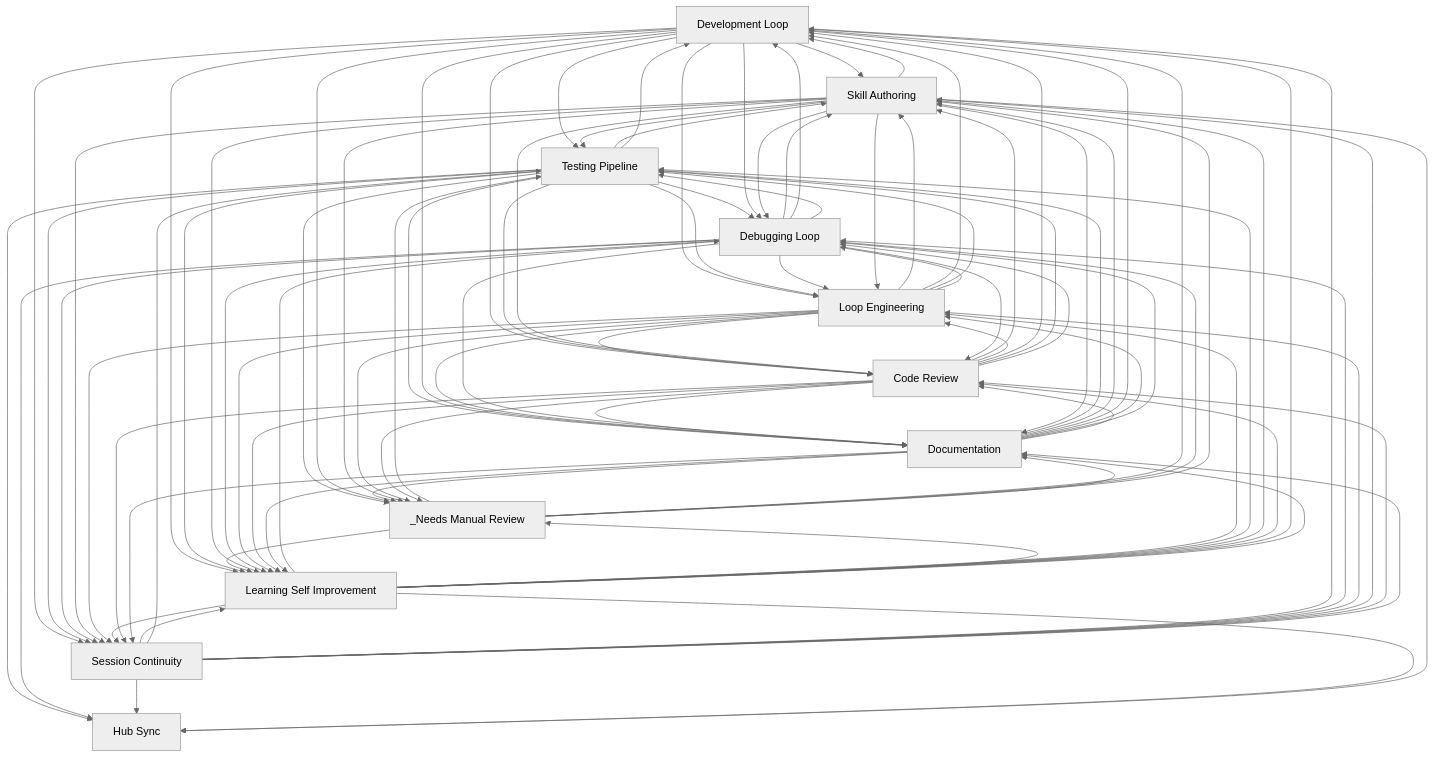
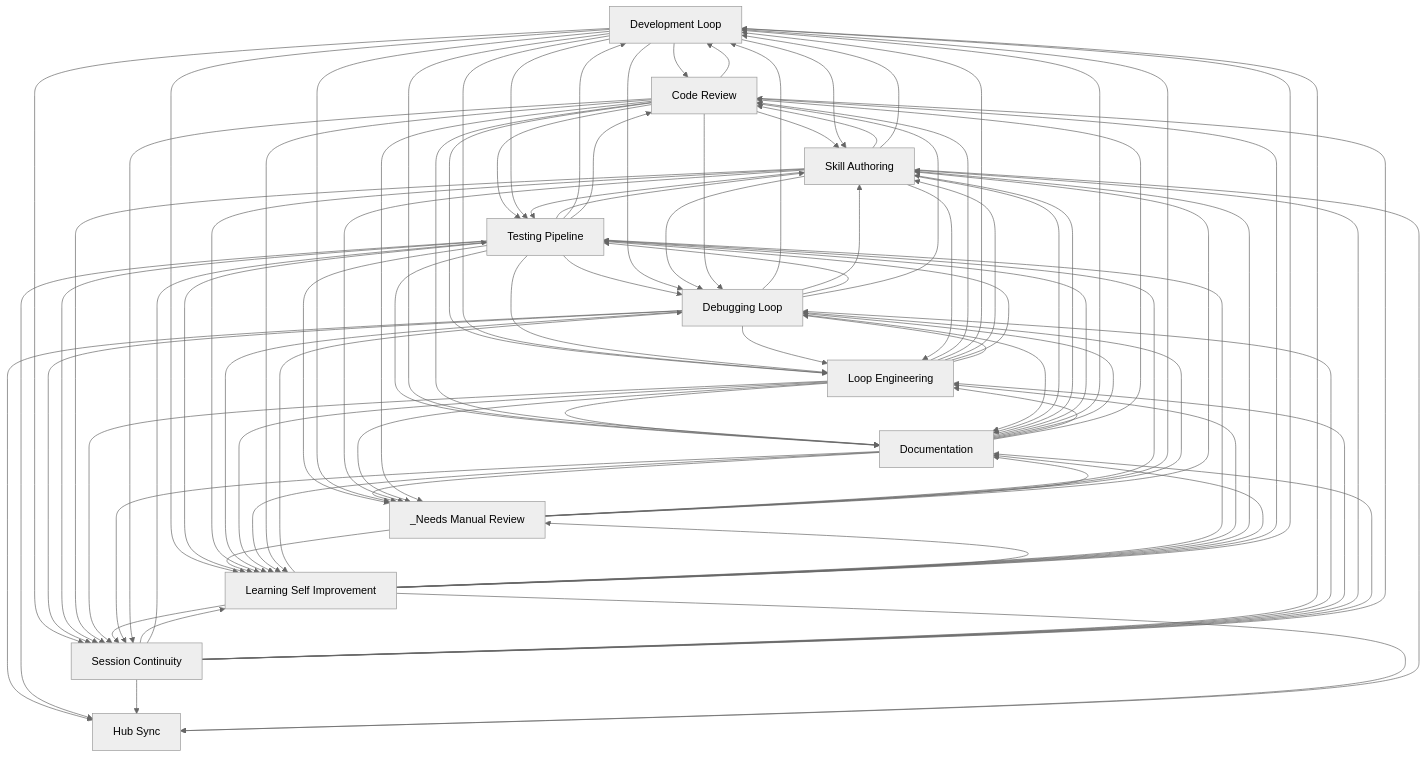
One commit to abhayla/claude-best-practices changed the diagram in docs/workflows/INDEX.md. Above: the diagram before and after it, drawn with Mermaid (neutral theme). The commit also changed other lines of this file and 14 other files, not shown here.

````diff
--- a/docs/workflows/INDEX.md
+++ b/docs/workflows/INDEX.md
@@ -33,94 +33,94 @@
     documentation[Documentation]
     hub_sync[Hub Sync]
     _needs_manual_review[_Needs Manual Review]
-    loop_engineering --> skill_authoring
     loop_engineering --> code_review
     loop_engineering --> development_loop
+    loop_engineering --> skill_authoring
     loop_engineering --> testing_pipeline
+    code_review --> development_loop
     code_review --> skill_authoring
+    code_review --> testing_pipeline
     code_review --> loop_engineering
-    code_review --> development_loop
-    code_review --> testing_pipeline
+    development_loop --> code_review
     development_loop --> skill_authoring
+    development_loop --> testing_pipeline
     development_loop --> loop_engineering
-    development_loop --> code_review
-    development_loop --> testing_pipeline
+    skill_authoring --> testing_pipeline
     testing_pipeline --> skill_authoring
-    skill_authoring --> testing_pipeline
     testing_pipeline --> development_loop
     _needs_manual_review --> testing_pipeline
     _needs_manual_review --> development_loop
     testing_pipeline --> debugging_loop
     testing_pipeline --> loop_engineering
+    testing_pipeline --> documentation
     testing_pipeline --> code_review
-    testing_pipeline --> documentation
+    debugging_loop --> development_loop
     debugging_loop --> skill_authoring
+    debugging_loop --> testing_pipeline
     debugging_loop --> loop_engineering
-    debugging_loop --> development_loop
-    debugging_loop --> testing_pipeline
     development_loop --> debugging_loop
     development_loop --> documentation
     loop_engineering --> documentation
     skill_authoring --> loop_engineering
     skill_authoring --> code_review
     skill_authoring --> development_loop
+    documentation --> skill_authoring
     documentation --> testing_pipeline
-    documentation --> skill_authoring
     documentation --> development_loop
     testing_pipeline --> _needs_manual_review
     development_loop --> _needs_manual_review
     code_review --> documentation
-    development_loop --> learning_self_improvement
-    development_loop --> session_continuity
     session_continuity --> learning_self_improvement
     session_continuity --> testing_pipeline
+    development_loop --> session_continuity
+    development_loop --> learning_self_improvement
     testing_pipeline --> learning_self_improvement
     _needs_manual_review --> learning_self_improvement
     loop_engineering --> debugging_loop
+    debugging_loop --> session_continuity
+    debugging_loop --> hub_sync
+    testing_pipeline --> session_continuity
     testing_pipeline --> hub_sync
-    testing_pipeline --> session_continuity
-    debugging_loop --> hub_sync
-    debugging_loop --> session_continuity
+    debugging_loop --> documentation
     debugging_loop --> code_review
-    debugging_loop --> documentation
+    session_continuity --> development_loop
     skill_authoring --> session_continuity
-    session_continuity --> development_loop
     skill_authoring --> learning_self_improvement
-    skill_authoring --> debugging_loop
     session_continuity --> debugging_loop
     session_continuity --> loop_engineering
+    skill_authoring --> debugging_loop
     loop_engineering --> session_continuity
     _needs_manual_review --> debugging_loop
     debugging_loop --> learning_self_improvement
     skill_authoring --> documentation
+    _needs_manual_review --> documentation
     _needs_manual_review --> skill_authoring
-    _needs_manual_review --> documentation
     documentation --> _needs_manual_review
     learning_self_improvement --> debugging_loop
-    learning_self_improvement --> loop_engineering
     learning_self_improvement --> testing_pipeline
     learning_self_improvement --> session_continuity
+    learning_self_improvement --> loop_engineering
     learning_self_improvement --> skill_authoring
+    learning_self_improvement --> documentation
     learning_self_improvement --> code_review
     learning_self_improvement --> development_loop
-    learning_self_improvement --> documentation
     skill_authoring --> _needs_manual_review
     session_continuity --> skill_authoring
     session_continuity --> hub_sync
+    session_continuity --> documentation
     session_continuity --> code_review
-    session_continuity --> documentation
     learning_self_improvement --> _needs_manual_review
     learning_self_improvement --> hub_sync
     skill_authoring --> hub_sync
     loop_engineering --> learning_self_improvement
     loop_engineering --> _needs_manual_review
+    documentation --> debugging_loop
+    documentation --> loop_engineering
     code_review --> debugging_loop
-    documentation --> loop_engineering
-    documentation --> debugging_loop
     documentation --> code_review
+    documentation --> session_continuity
+    documentation --> learning_self_improvement
+    code_review --> session_continuity
     code_review --> learning_self_improvement
-    code_review --> session_continuity
-    documentation --> learning_self_improvement
-    documentation --> session_continuity
     code_review --> _needs_manual_review
 ```
````
